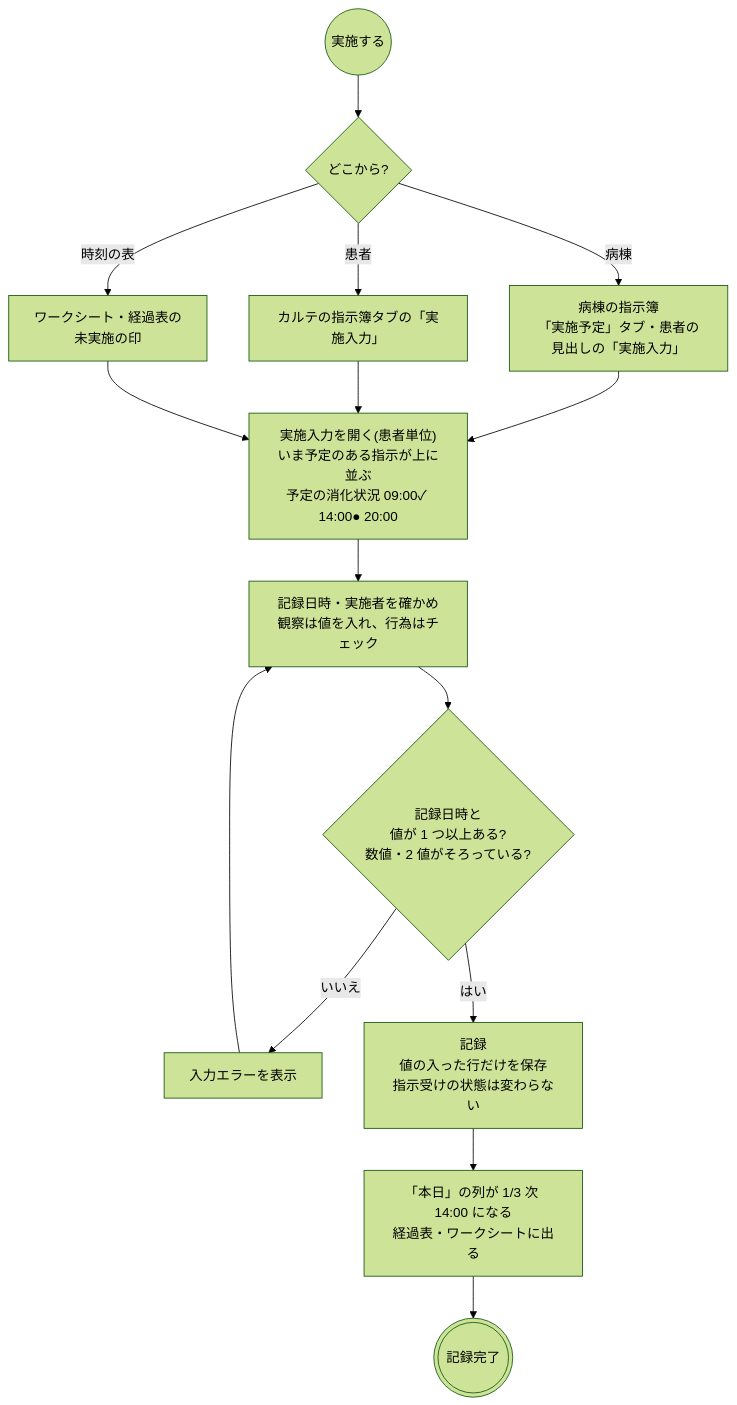
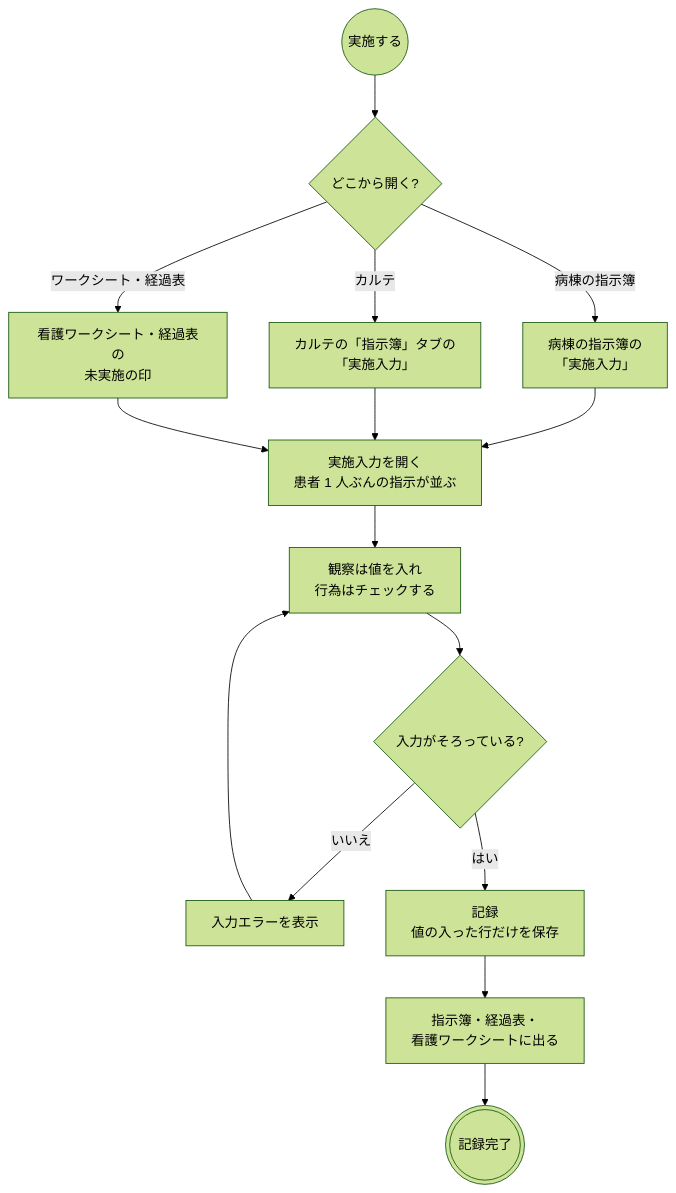
Before and after one commit to ysnr-dev/fhir-client-docs: the fourth of 5 diagrams in docs/flows/nursing.md, drawn with Mermaid (forest theme). The commit also changed other lines of this file and 43 other files, not shown here.

Commit message:
docs: 業務フローとシーケンス図を写し直し

````diff
--- a/docs/flows/nursing.md
+++ b/docs/flows/nursing.md
@@ -183,23 +181,23 @@
 ```mermaid
 flowchart TD
   open(("実施する"))
-  from{"どこから?"}
-  worklist["病棟の指示簿<br/>「実施予定」タブ・患者の見出しの「実施入力」"]
-  karte["カルテの指示簿タブの「実施入力」"]
-  sheet["ワークシート・経過表の<br/>未実施の印"]
-  modal["実施入力を開く(患者単位)<br/>いま予定のある指示が上に並ぶ<br/>予定の消化状況 09:00✓ 14:00● 20:00"]
-  input["記録日時・実施者を確かめ<br/>観察は値を入れ、行為はチェック"]
-  check{"記録日時と<br/>値が 1 つ以上ある?<br/>数値・2 値がそろっている?"}
+  from{"どこから開く?"}
+  worklist["病棟の指示簿の<br/>「実施入力」"]
+  karte["カルテの「指示簿」タブの<br/>「実施入力」"]
+  sheet["看護ワークシート・経過表の<br/>未実施の印"]
+  modal["実施入力を開く<br/>患者 1 人ぶんの指示が並ぶ"]
+  input["観察は値を入れ<br/>行為はチェックする"]
+  check{"入力がそろっている?"}
   error["入力エラーを表示"]
-  save["記録<br/>値の入った行だけを保存<br/>指示受けの状態は変わらない"]
-  shown["「本日」の列が 1/3 次 14:00 になる<br/>経過表・ワークシートに出る"]
+  save["記録<br/>値の入った行だけを保存"]
+  shown["指示簿・経過表・<br/>看護ワークシートに出る"]
   done((("記録完了")))
 
   open --> from
-  from -- "病棟" --> worklist --> modal
-  from -- "患者" --> karte --> modal
-  from -- "時刻の表" --> sheet --> modal
+  from -- "病棟の指示簿" --> worklist --> modal
+  from -- "カルテ" --> karte --> modal
+  from -- "ワークシート・経過表" --> sheet --> modal
   modal --> input --> check
   check -- "いいえ" --> error --> input
   check -- "はい" --> save --> shown --> done
 ```
````
